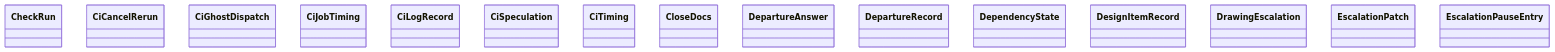
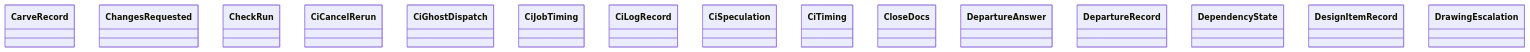
The diagram in docs/architecture/generated/classes-process-domain-state-4.md (GonzaloZevallos/agentic-system), drawn with Mermaid before and after one commit. The commit also changed other lines of this file and 9 other files, not shown here.

````diff
--- a/docs/architecture/generated/classes-process-domain-state-4.md
+++ b/docs/architecture/generated/classes-process-domain-state-4.md
@@ -29,18 +29,18 @@
 ```mermaid
 classDiagram
+    class task__CarveRecord["CarveRecord"]
+    class task__ChangesRequested["ChangesRequested"]
     class task__CheckRun["CheckRun"]
     class task__CiCancelRerun["CiCancelRerun"]
     class task__CiGhostDispatch["CiGhostDispatch"]
     class task__CiJobTiming["CiJobTiming"]
     class task__CiLogRecord["CiLogRecord"]
     class task__CiSpeculation["CiSpeculation"]
     class task__CiTiming["CiTiming"]
     class task__CloseDocs["CloseDocs"]
     class task__DepartureAnswer["DepartureAnswer"]
     class task__DepartureRecord["DepartureRecord"]
     class task__DependencyState["DependencyState"]
     class task__DesignItemRecord["DesignItemRecord"]
     class task__DrawingEscalation["DrawingEscalation"]
-    class task__EscalationPatch["EscalationPatch"]
-    class task__EscalationPauseEntry["EscalationPauseEntry"]
 ```
````
